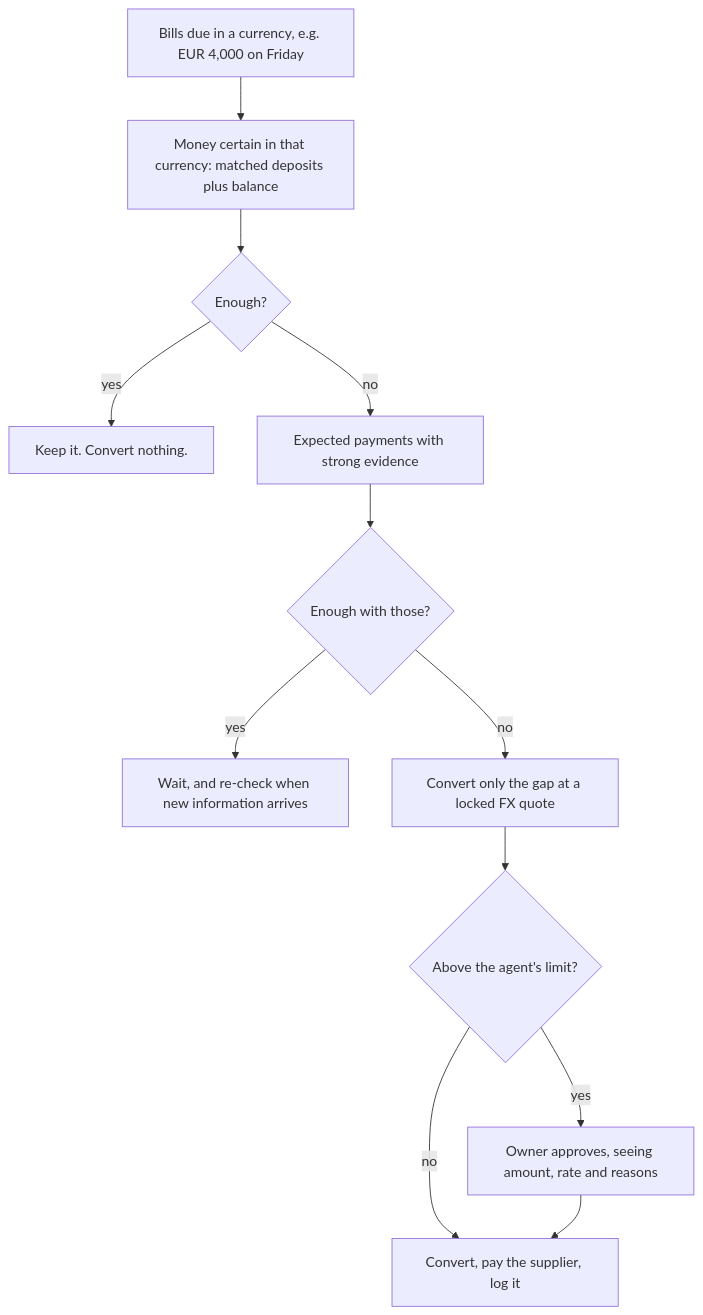
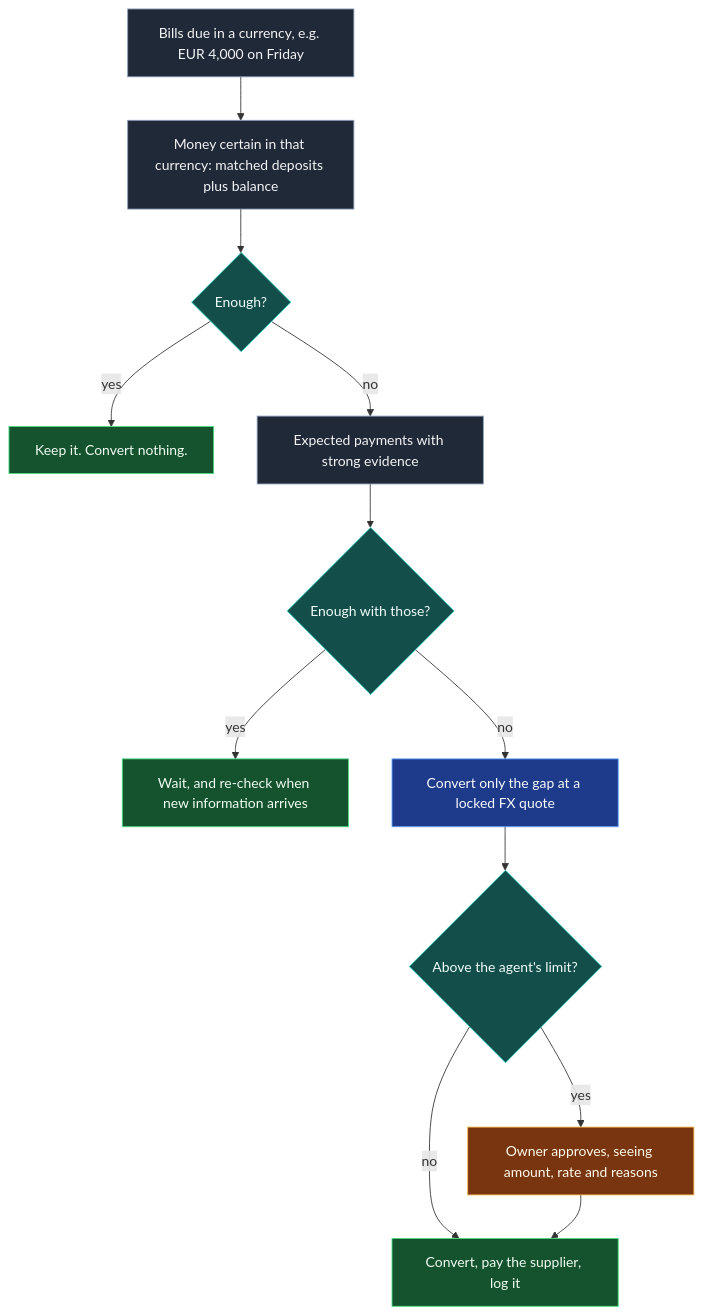
One commit to rishi-sangare/receive-to-reconciled changed the fifth of 5 diagrams in docs/03-architecture.md. Above: the diagram before and after it, drawn with Mermaid. The commit also changed other lines of this file and 14 other files, not shown here.

````diff
--- a/docs/03-architecture.md
+++ b/docs/03-architecture.md
@@ -137,14 +151,25 @@
 ```mermaid
 flowchart TD
+    classDef outside fill:#1F2937,stroke:#8C9DBA,color:#F3F4F6
+    classDef awx fill:#1E3A8A,stroke:#60A5FA,color:#F8FAFC
+    classDef engine fill:#134E4A,stroke:#2DD4BF,color:#F0FDFA
+    classDef reader fill:#4C1D95,stroke:#A78BFA,color:#F5F3FF
+    classDef person fill:#78350F,stroke:#F6B94C,color:#FFFBEB
+    classDef good fill:#14532D,stroke:#4ADE80,color:#F0FDF4
     A["Bills due in a currency, e.g. EUR 4,000 on Friday"] --> B["Money certain in that currency: matched deposits plus balance"]
     B --> C{"Enough?"}
     C -->|yes| D["Keep it. Convert nothing."]
     C -->|no| E["Expected payments with strong evidence"]
     E --> F{"Enough with those?"}
     F -->|yes| G["Wait, and re-check when new information arrives"]
     F -->|no| H["Convert only the gap at a locked FX quote"]
     H --> I{"Above the agent's limit?"}
     I -->|no| J["Convert, pay the supplier, log it"]
     I -->|yes| K["Owner approves, seeing amount, rate and reasons"]
     K --> J
+    class A,B,E outside
+    class C,F,I engine
+    class D,G,J good
+    class H awx
+    class K person
 ```
````
